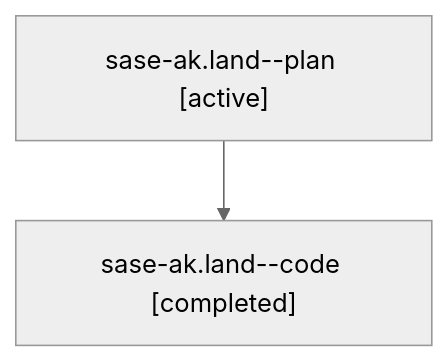
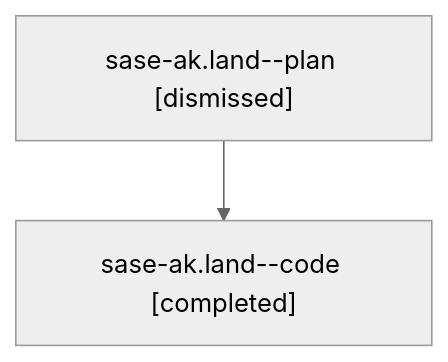
Before and after one commit to sase-org/sase--agents: the diagram in sessions/bbugyi200.athena.sase-ak.land.md, drawn with Mermaid (neutral theme). The commit also changed other lines of this file and 92 other files, not shown here.

````diff
--- a/sessions/bbugyi200.athena.sase-ak.land.md
+++ b/sessions/bbugyi200.athena.sase-ak.land.md
@@ -9,6 +9,6 @@
 ```mermaid
 flowchart TD
-  n0["sase-ak.land--plan [active]"]
+  n0["sase-ak.land--plan [dismissed]"]
   n1["sase-ak.land--code [completed]"]
   n0 --> n1
 ```
````
